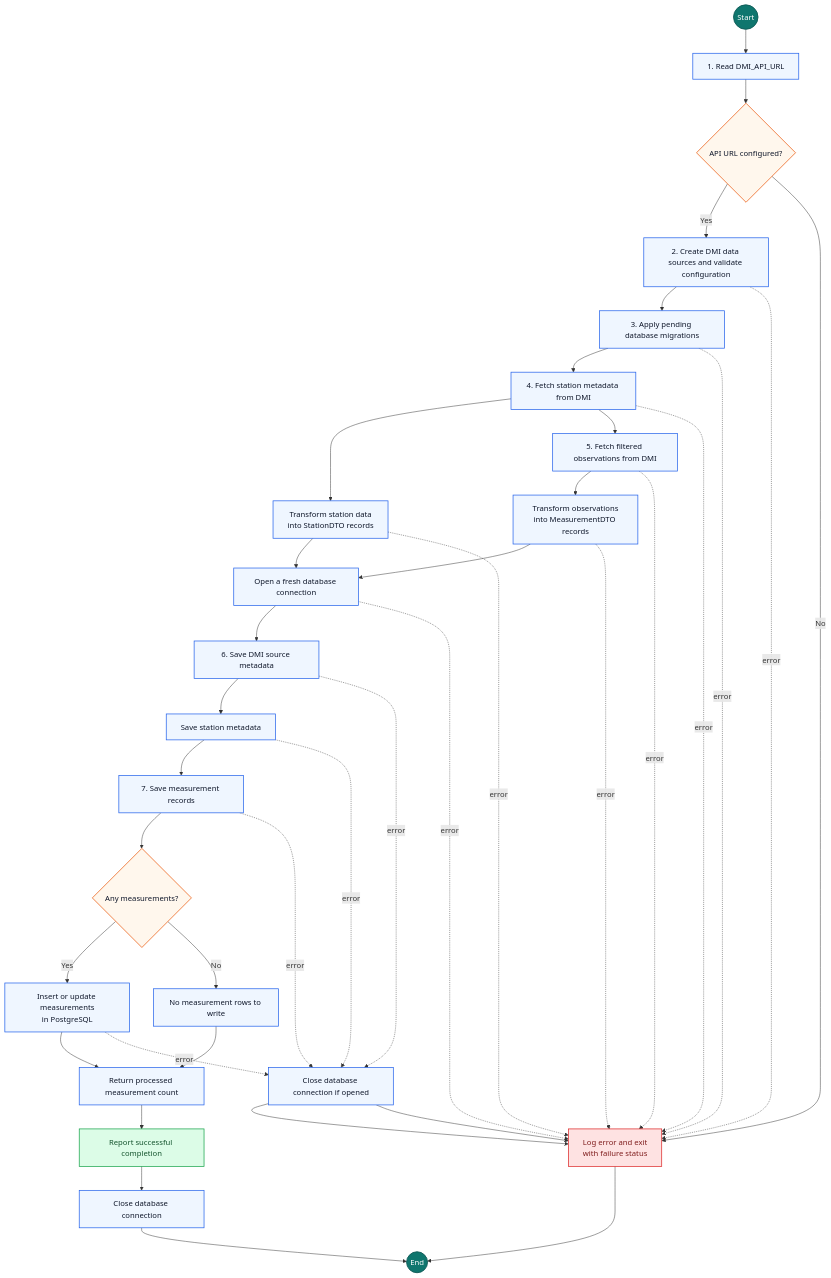
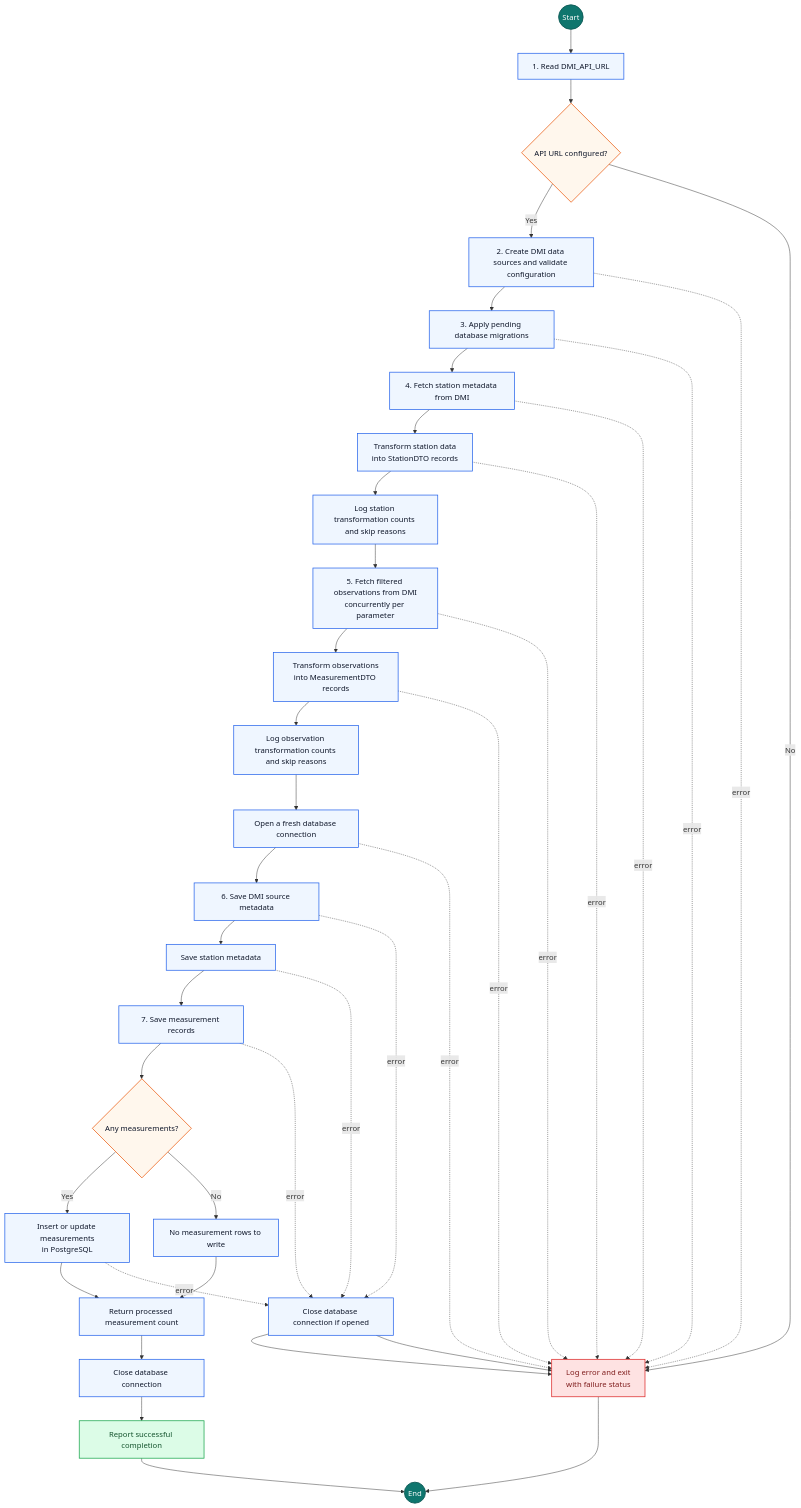
Before and after one commit to mielouise/environment_data_project: the third of 4 diagrams in README.md, drawn with Mermaid. The commit also changed other lines of this file, not shown here.

````diff
--- a/README.md
+++ b/README.md
@@ -458,63 +485,63 @@
 ```mermaid
 flowchart TD
     Start((Start))
     ReadURL["1. Read DMI_API_URL"]
     HasURL{"API URL configured?"}
     BuildSource["2. Create DMI data sources and validate configuration"]
     InitSchema["3. Apply pending database migrations"]
     FetchStations["4. Fetch station metadata from DMI"]
-    Fetch["5. Fetch filtered observations from DMI"]
+    Fetch["5. Fetch filtered observations from DMI<br/>concurrently per parameter"]
     TransformStations["Transform station data<br/>into StationDTO records"]
     Transform["Transform observations<br/>into MeasurementDTO records"]
+    ReportStationSkips["Log station transformation counts and skip reasons"]
+    ReportObservationSkips["Log observation transformation counts and skip reasons"]
     Connect["Open a fresh database connection"]
     SaveSource["6. Save DMI source metadata"]
     SaveStations["Save station metadata"]
     SaveMeasurements["7. Save measurement records"]
     HasRecords{"Any measurements?"}
     WriteRecords["Insert or update measurements<br/>in PostgreSQL"]
     NoRecords["No measurement rows to write"]
     Count["Return processed measurement count"]
     ReportSuccess["Report successful completion"]
     ReportFailure["Log error and exit<br/>with failure status"]
     Cleanup["Close database connection"]
     FailureCleanup["Close database connection if opened"]
     End((End))
 
     Start --> ReadURL --> HasURL
     HasURL -->|Yes| BuildSource --> InitSchema --> FetchStations
-    FetchStations --> TransformStations
-    FetchStations --> Fetch --> Transform
-    TransformStations --> Connect
-    Transform --> Connect --> SaveSource
+    FetchStations --> TransformStations --> ReportStationSkips --> Fetch
+    Fetch --> Transform --> ReportObservationSkips --> Connect --> SaveSource
     SaveSource --> SaveStations --> SaveMeasurements --> HasRecords
     HasRecords -->|Yes| WriteRecords --> Count
     HasRecords -->|No| NoRecords --> Count
-    Count --> ReportSuccess --> Cleanup --> End
+    Count --> Cleanup --> ReportSuccess --> End
     HasURL -->|No| ReportFailure
     ReportFailure --> End
 
     BuildSource -. error .-> ReportFailure
     InitSchema -. error .-> ReportFailure
     FetchStations -. error .-> ReportFailure
     Fetch -. error .-> ReportFailure
     TransformStations -. error .-> ReportFailure
     Transform -. error .-> ReportFailure
     Connect -. error .-> ReportFailure
     SaveSource -. error .-> FailureCleanup --> ReportFailure
     SaveStations -. error .-> FailureCleanup
     SaveMeasurements -. error .-> FailureCleanup
     WriteRecords -. error .-> FailureCleanup
     FailureCleanup --> ReportFailure
 
     classDef terminal fill:#0f766e,color:#ffffff,stroke:#115e59,stroke-width:2px
     classDef action fill:#eff6ff,color:#0f172a,stroke:#2563eb,stroke-width:1.5px
     classDef decision fill:#fff7ed,color:#0f172a,stroke:#ea580c,stroke-width:1.5px
     classDef success fill:#dcfce7,color:#14532d,stroke:#16a34a,stroke-width:1.5px
     classDef failure fill:#fee2e2,color:#7f1d1d,stroke:#dc2626,stroke-width:1.5px
 
     class Start,End terminal
-    class InitSchema,ReadURL,BuildSource,Connect,Fetch,Transform,TransformStations,FetchStations,SaveSource,SaveStations,SaveMeasurements,WriteRecords,NoRecords,Count,Cleanup,FailureCleanup action
+    class InitSchema,ReadURL,BuildSource,Connect,Fetch,Transform,TransformStations,FetchStations,ReportStationSkips,ReportObservationSkips,SaveSource,SaveStations,SaveMeasurements,WriteRecords,NoRecords,Count,Cleanup,FailureCleanup action
     class HasURL,HasRecords decision
     class ReportSuccess success
     class ReportFailure failure
 ```
````
